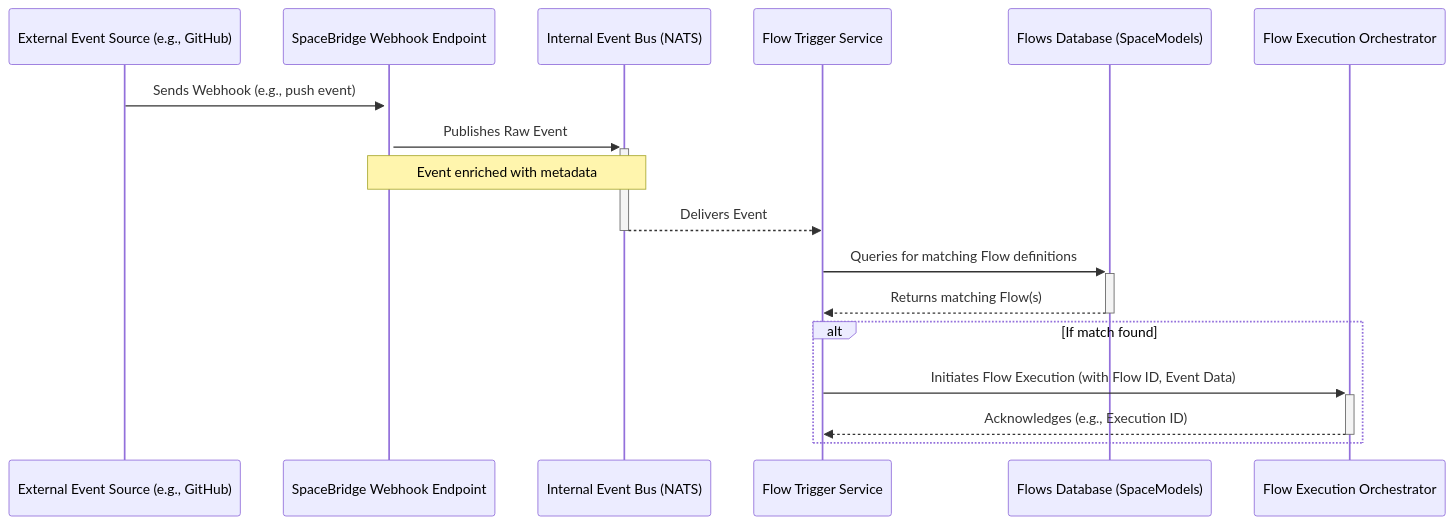
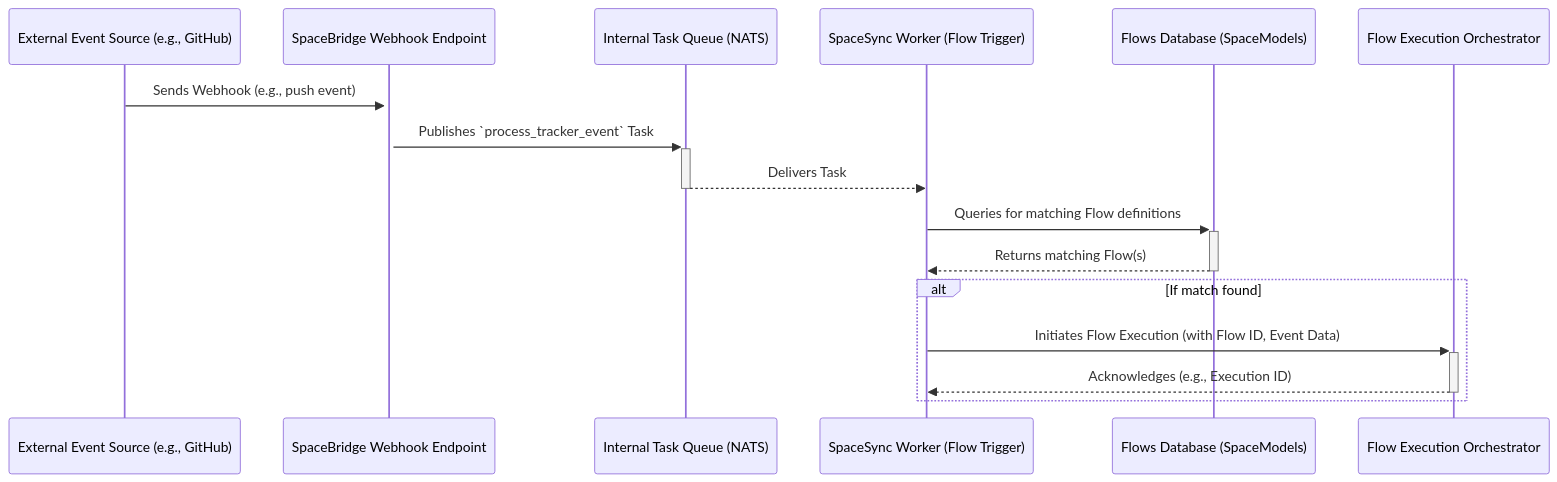
Before and after one commit to GiorgosAlexakis/preloop: the fourth of 5 diagrams in ARCHITECTURE.md, drawn with Mermaid. The commit also changed other lines of this file and 4 other files, not shown here.

````diff
--- a/ARCHITECTURE.md
+++ b/ARCHITECTURE.md
@@ -460,20 +443,19 @@
 ```mermaid
 sequenceDiagram
     participant ExtSrc as External Event Source (e.g., GitHub)
     participant WebhookEP as SpaceBridge Webhook Endpoint
-    participant EventBusNATS as Internal Event Bus (NATS)
-    participant FlowTriggerSvc as Flow Trigger Service
+    participant TaskQueue as Internal Task Queue (NATS)
+    participant Worker as SpaceSync Worker (Flow Trigger)
     participant FlowsDB as Flows Database (SpaceModels)
     participant FlowExecOrch as Flow Execution Orchestrator
 
     ExtSrc->>+WebhookEP: Sends Webhook (e.g., push event)
-    WebhookEP->>+EventBusNATS: Publishes Raw Event
-    Note over WebhookEP, EventBusNATS: Event enriched with metadata
-    EventBusNATS-->>-FlowTriggerSvc: Delivers Event
-    FlowTriggerSvc->>+FlowsDB: Queries for matching Flow definitions
-    FlowsDB-->>-FlowTriggerSvc: Returns matching Flow(s)
+    WebhookEP->>+TaskQueue: Publishes `process_tracker_event` Task
+    TaskQueue-->>-Worker: Delivers Task
+    Worker->>+FlowsDB: Queries for matching Flow definitions
+    FlowsDB-->>-Worker: Returns matching Flow(s)
     alt If match found
-        FlowTriggerSvc->>+FlowExecOrch: Initiates Flow Execution (with Flow ID, Event Data)
-        FlowExecOrch-->>-FlowTriggerSvc: Acknowledges (e.g., Execution ID)
+        Worker->>+FlowExecOrch: Initiates Flow Execution (with Flow ID, Event Data)
+        FlowExecOrch-->>-Worker: Acknowledges (e.g., Execution ID)
     end
 ```
````
